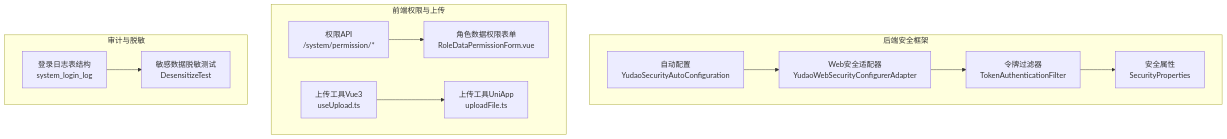
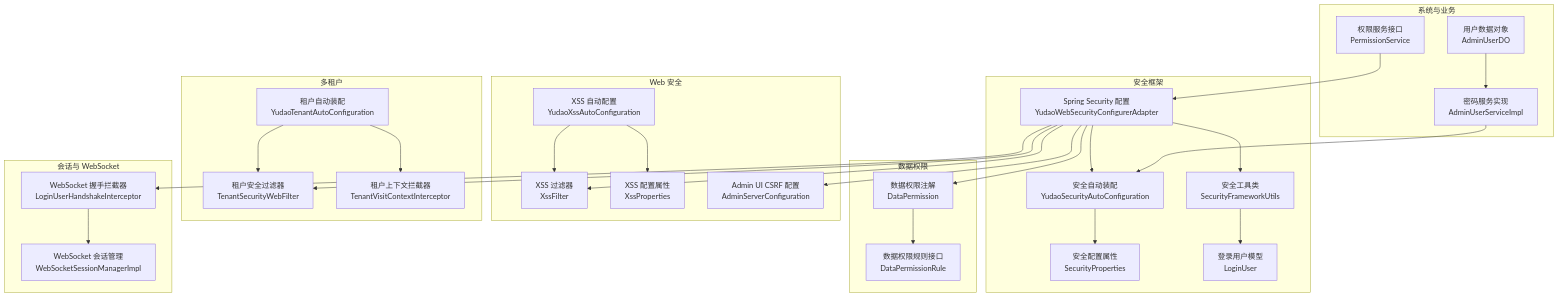
One commit to zhuangpengLI/AgenticCPS changed the first of 9 diagrams in .qoder/repowiki/zh/content/安全与权限/安全与权限.md. Above: the diagram before and after it, drawn with Mermaid. The commit also changed other lines of this file and 293 other files, not shown here.

````diff
--- a/.qoder/repowiki/zh/content/安全与权限/安全与权限.md
+++ b/.qoder/repowiki/zh/content/安全与权限/安全与权限.md
@@ -53,25 +54,52 @@
 ```mermaid
 graph TB
-subgraph "后端安全框架"
-A["自动配置<br/>YudaoSecurityAutoConfiguration"]
-B["Web安全适配器<br/>YudaoWebSecurityConfigurerAdapter"]
-C["令牌过滤器<br/>TokenAuthenticationFilter"]
-D["安全属性<br/>SecurityProperties"]
+subgraph "安全框架"
+SEC["Spring Security 配置<br/>YudaoWebSecurityConfigurerAdapter"]
+AUTOCFG["安全自动装配<br/>YudaoSecurityAutoConfiguration"]
+PROPS["安全配置属性<br/>SecurityProperties"]
+UTIL["安全工具类<br/>SecurityFrameworkUtils"]
+USER["登录用户模型<br/>LoginUser"]
 end
-subgraph "前端权限与上传"
-E["权限API<br/>/system/permission/*"]
-F["角色数据权限表单<br/>RoleDataPermissionForm.vue"]
-G["上传工具Vue3<br/>useUpload.ts"]
-H["上传工具UniApp<br/>uploadFile.ts"]
+subgraph "Web 安全"
+XSSF["XSS 过滤器<br/>XssFilter"]
+XSSCFG["XSS 自动配置<br/>YudaoXssAutoConfiguration"]
+XSSPROPS["XSS 配置属性<br/>XssProperties"]
+CSRFADM["Admin UI CSRF 配置<br/>AdminServerConfiguration"]
 end
-subgraph "审计与脱敏"
-I["登录日志表结构<br/>system_login_log"]
-J["敏感数据脱敏测试<br/>DesensitizeTest"]
+subgraph "数据权限"
+DPANN["数据权限注解<br/>DataPermission"]
+DPRULE["数据权限规则接口<br/>DataPermissionRule"]
 end
-A --> B
-B --> C
-C --> D
-E --> F
-G --> H
-I --> J
+subgraph "多租户"
+TENF["租户安全过滤器<br/>TenantSecurityWebFilter"]
+TENAUTO["租户自动装配<br/>YudaoTenantAutoConfiguration"]
+TENINTC["租户上下文拦截器<br/>TenantVisitContextInterceptor"]
+end
+subgraph "会话与 WebSocket"
+WSINTC["WebSocket 握手拦截器<br/>LoginUserHandshakeInterceptor"]
+WSMGR["WebSocket 会话管理<br/>WebSocketSessionManagerImpl"]
+end
+subgraph "系统与业务"
+PERMSVC["权限服务接口<br/>PermissionService"]
+PASSWD["密码服务实现<br/>AdminUserServiceImpl"]
+UDO["用户数据对象<br/>AdminUserDO"]
+end
+SEC --> AUTOCFG
+AUTOCFG --> PROPS
+SEC --> UTIL
+UTIL --> USER
+SEC --> XSSF
+XSSCFG --> XSSF
+XSSCFG --> XSSPROPS
+SEC --> DPANN
+DPANN --> DPRULE
+SEC --> TENF
+TENAUTO --> TENF
+TENAUTO --> TENINTC
+SEC --> WSINTC
+WSINTC --> WSMGR
+PERMSVC --> SEC
+PASSWD --> AUTOCFG
+UDO --> PASSWD
+SEC --> CSRFADM
 ```
````
